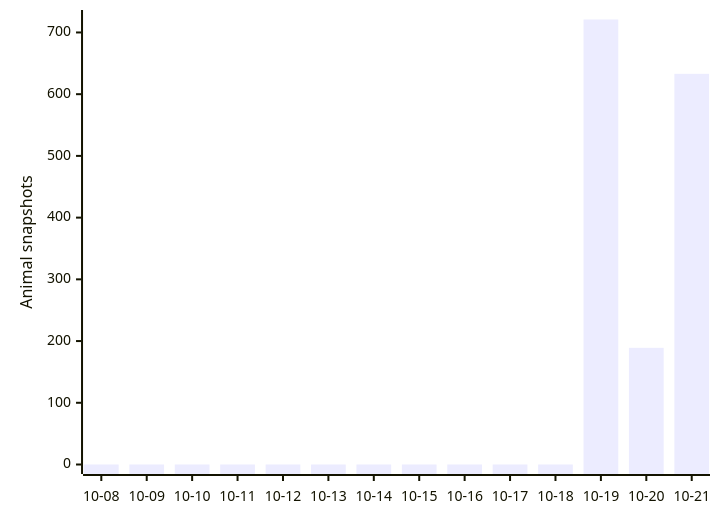
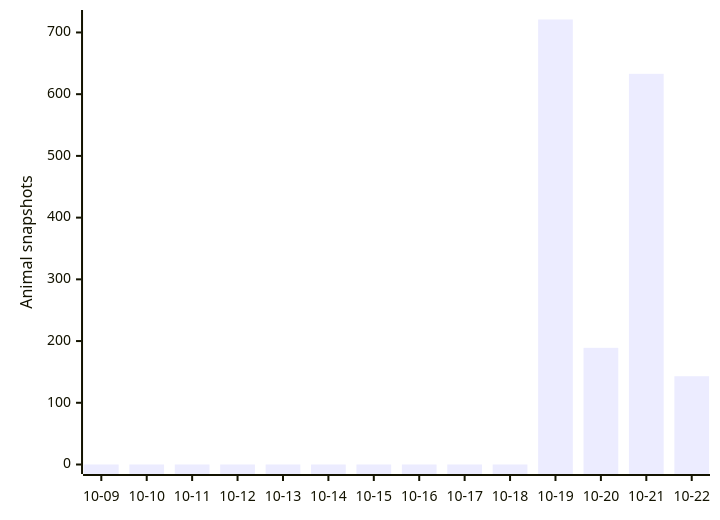
Before and after one commit to joshuafrommeyer-35/PierTracker: the first of 3 diagrams in README.md, drawn with Mermaid. The commit also changed other lines of this file and 7 other files, not shown here.

````diff
--- a/README.md
+++ b/README.md
@@ -137,6 +137,6 @@
 ```mermaid
 xychart-beta
-    x-axis ["10-08", "10-09", "10-10", "10-11", "10-12", "10-13", "10-14", "10-15", "10-16", "10-17", "10-18", "10-19", "10-20", "10-21"]
+    x-axis ["10-09", "10-10", "10-11", "10-12", "10-13", "10-14", "10-15", "10-16", "10-17", "10-18", "10-19", "10-20", "10-21", "10-22"]
     y-axis "Animal snapshots"
-    bar [0, 0, 0, 0, 0, 0, 0, 0, 0, 0, 0, 721, 189, 633]
+    bar [0, 0, 0, 0, 0, 0, 0, 0, 0, 0, 721, 189, 633, 143]
 ```
````
